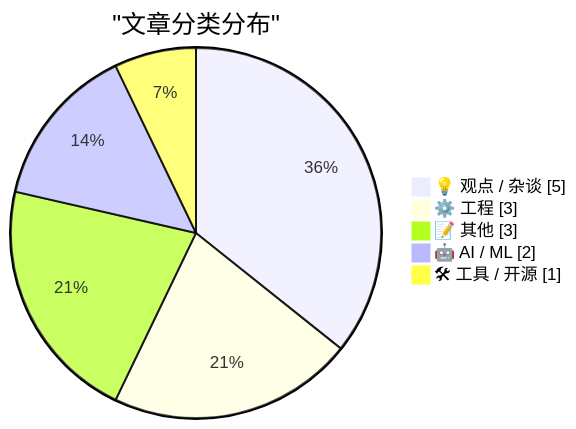
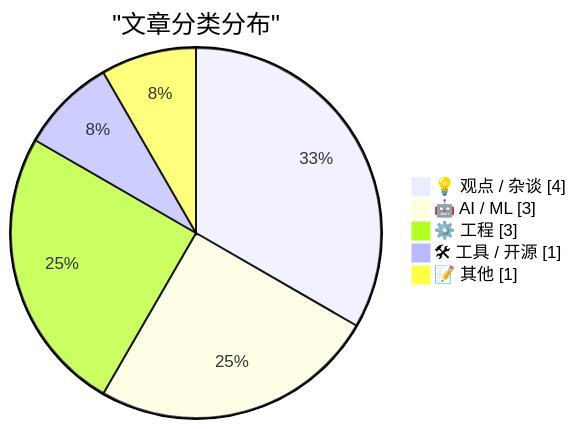
The first of 2 diagrams in content/digest_2026-03-21.md (SamhooXee/aidigest), drawn with Mermaid before and after one commit. The commit also changed other lines of this file, not shown here.

````diff
--- a/content/digest_2026-03-21.md
+++ b/content/digest_2026-03-21.md
@@ -53,9 +47,9 @@
 ```mermaid
 pie showData
     title "文章分类分布"
-    "💡 观点 / 杂谈" : 5
+    "💡 观点 / 杂谈" : 4
+    "🤖 AI / ML" : 3
     "⚙️ 工程" : 3
-    "📝 其他" : 3
-    "🤖 AI / ML" : 2
     "🛠 工具 / 开源" : 1
+    "📝 其他" : 1
 ```
````
